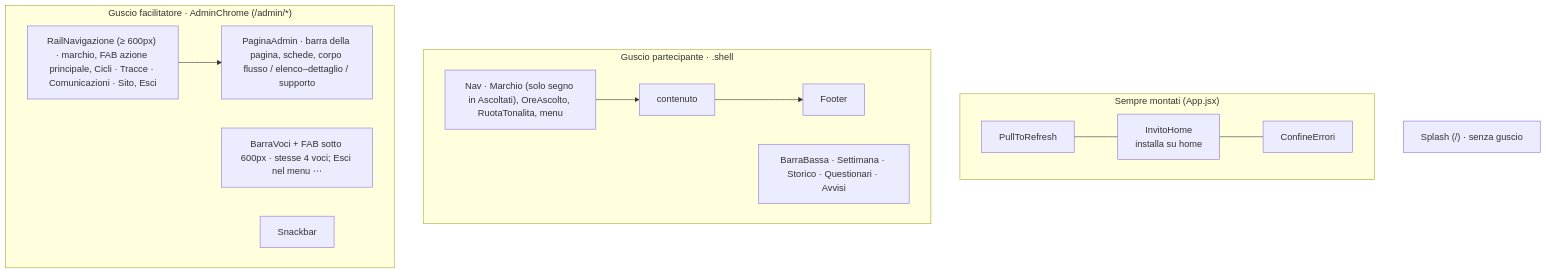
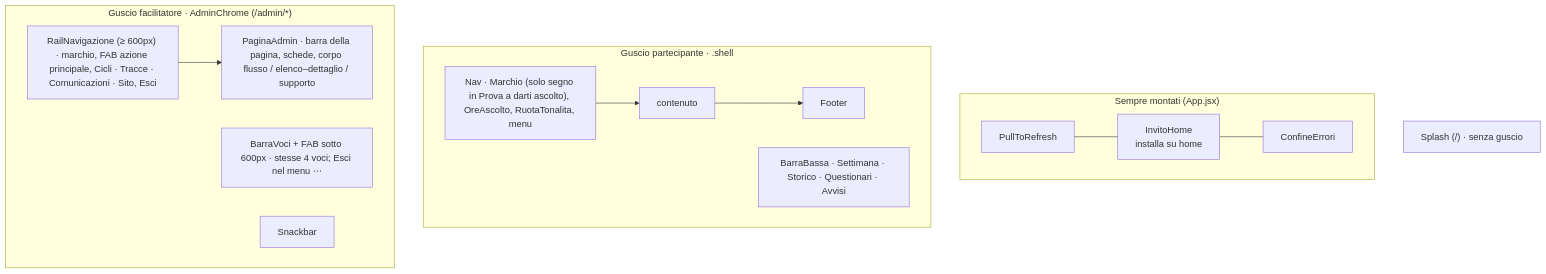
Before and after one commit to salonbookingsystemou-dot/conscio: the diagram in docs/interfaccia.md, drawn with Mermaid. The commit also changed 11 other files, not shown here.

First line of the commit message:
La sezione pubblica si chiama «Prova a darti ascolto», nuovo testo sotto il titolo

````diff
--- a/docs/interfaccia.md
+++ b/docs/interfaccia.md
@@ -13,16 +13,16 @@
 ```mermaid
 flowchart TB
   subgraph Globali["Sempre montati (App.jsx)"]
     PTR[PullToRefresh] --- IH[InvitoHome<br/>installa su home] --- CE[ConfineErrori]
   end
   subgraph Part["Guscio partecipante · .shell"]
-    NAV["Nav · Marchio (solo segno in Ascoltati), OreAscolto, RuotaTonalita, menu"] --> CONT1[contenuto] --> FOOT[Footer]
+    NAV["Nav · Marchio (solo segno in Prova a darti ascolto), OreAscolto, RuotaTonalita, menu"] --> CONT1[contenuto] --> FOOT[Footer]
     BB["BarraBassa · Settimana · Storico · Questionari · Avvisi"]
   end
   subgraph Fac["Guscio facilitatore · AdminChrome (/admin/*)"]
     RAIL["RailNavigazione (≥ 600px) · marchio, FAB azione principale, Cicli · Tracce · Comunicazioni · Sito, Esci"] --> CONT2["PaginaAdmin · barra della pagina, schede, corpo flusso / elenco–dettaglio / supporto"]
     BBF["BarraVoci + FAB sotto 600px · stesse 4 voci; Esci nel menu ⋯"]
     SNK["Snackbar"]
   end
   SPL["Splash (/) · senza guscio"]
 ```
````
